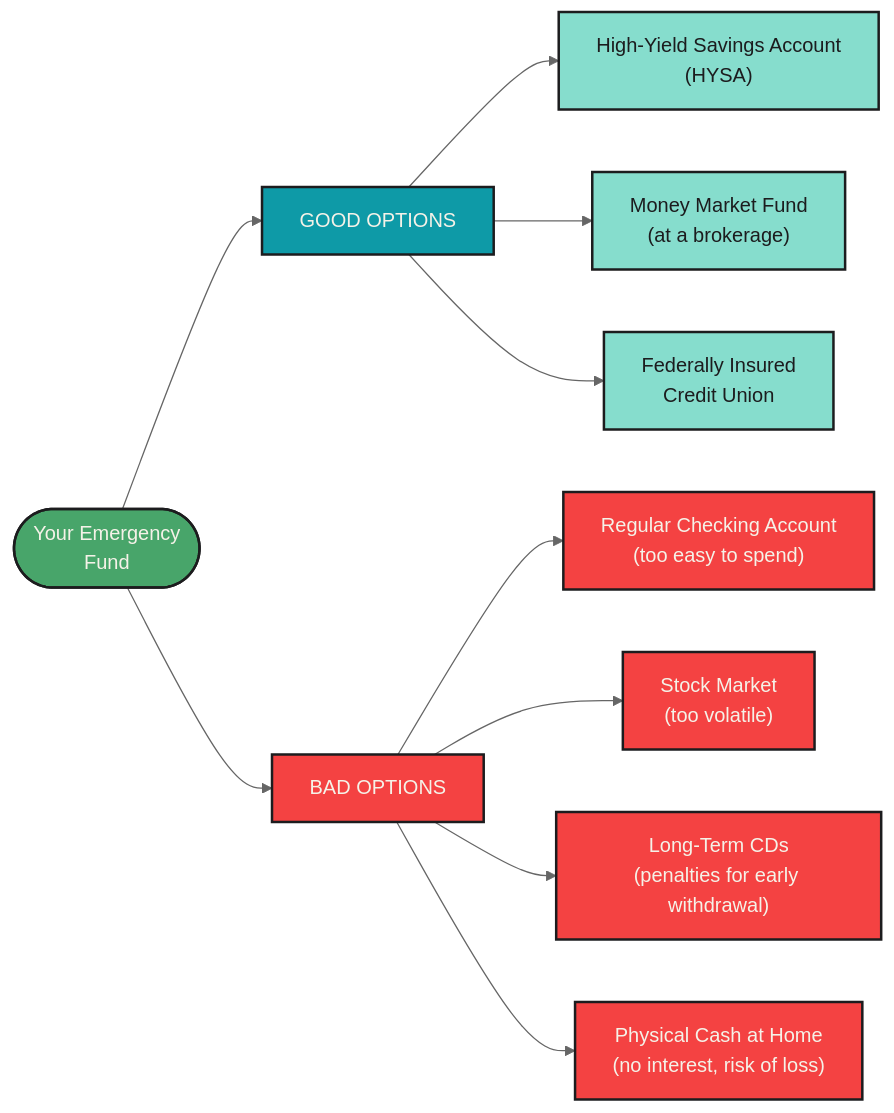
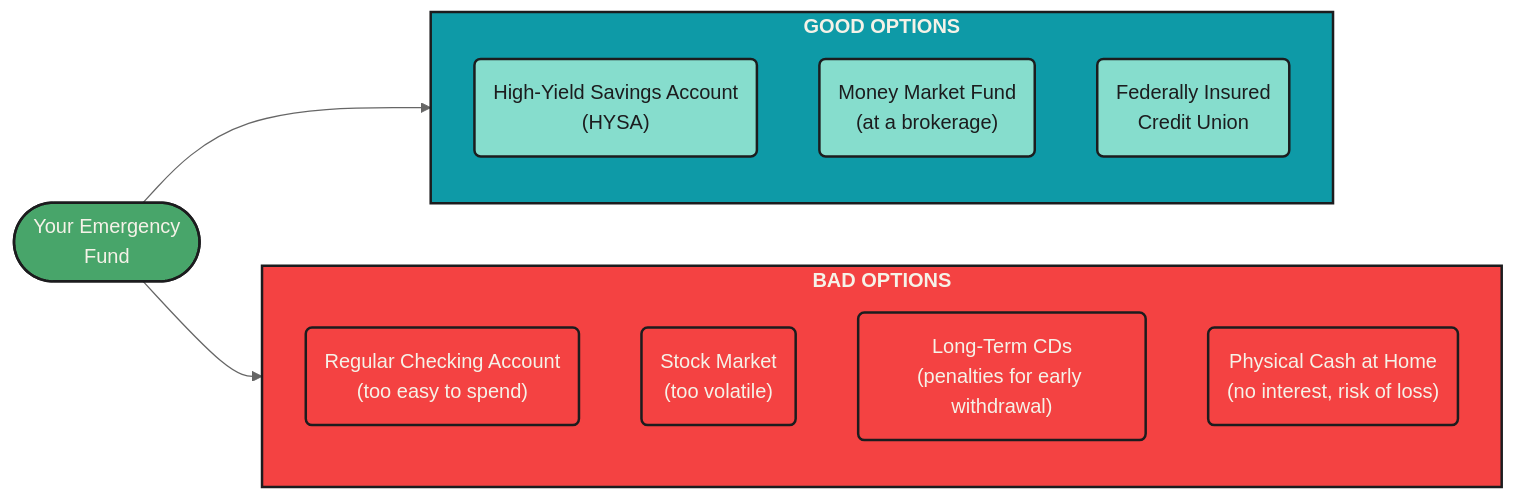
One commit to mjfrigaard/fm-finance changed the third of 5 diagrams in emergency_fund.qmd. Above: the diagram before and after it, drawn with Mermaid. The commit also changed other lines of this file and 20 other files, not shown here.

Commit message:
updates to mermaid diagrams

````diff
--- a/emergency_fund.qmd
+++ b/emergency_fund.qmd
@@ -153,29 +139,33 @@
 ```{mermaid}
 %%| fig-cap: 'Where to Park Your Emergency Fund'
 %%| fig-align: center
-%%{init: {'theme': 'neutral', 'themeVariables': { 'fontFamily': 'monospace', "fontSize":"16px"}}}%%
+%%{init: {'theme': 'neutral', 'themeVariables': { 'fontFamily': 'monospace', "darkMode":false, "fontSize":"16px"}}}%%
 
 flowchart LR
-    Cash([Your Emergency<br>Fund]) --> Good["GOOD OPTIONS"]
-    Cash --> Bad["BAD OPTIONS"]
+    Cash(["Your Emergency<br>Fund"]) --> Good
+    Cash --> Bad
 
-    Good --> HYSA["High-Yield Savings Account<br>(HYSA)"]
-    Good --> MMF["Money Market Fund<br>(at a brokerage)"]
-    Good --> CheckFed["Federally Insured<br>Credit Union"]
+    subgraph Good["<strong>GOOD OPTIONS</strong>"]
+        HYSA("High-Yield Savings Account<br>(HYSA)")
+        MMF("Money Market Fund<br>(at a brokerage)")
+        CheckFed("Federally Insured<br>Credit Union")
+    end
 
-    Bad --> Checking["Regular Checking Account<br>(too easy to spend)"]
-    Bad --> Market["Stock Market<br>(too volatile)"]
-    Bad --> CD["Long-Term CDs<br>(penalties for early withdrawal)"]
-    Bad --> Cash2["Physical Cash at Home<br>(no interest, risk of loss)"]
+    subgraph Bad["<strong>BAD OPTIONS</strong>"]
+        Checking("Regular Checking Account<br>(too easy to spend)")
+        Market("Stock Market<br>(too volatile)")
+        CD("Long-Term CDs<br>(penalties for early withdrawal)")
+        Cash2("Physical Cash at Home<br>(no interest, risk of loss)")
+    end
 
     style Cash fill:#48a56a,color:#F5F2E8,stroke:#1C1C1E,stroke-width:2px
     style Good fill:#0e9aa7,color:#F5F2E8,stroke:#1C1C1E,stroke-width:2px
     style Bad fill:#f44242,color:#F5F2E8,stroke:#1C1C1E,stroke-width:2px
     style HYSA fill:#86ddcd,color:#1C1C1E,stroke:#1C1C1E,stroke-width:2px
     style MMF fill:#86ddcd,color:#1C1C1E,stroke:#1C1C1E,stroke-width:2px
     style CheckFed fill:#86ddcd,color:#1C1C1E,stroke:#1C1C1E,stroke-width:2px
     style Checking fill:#f44242,color:#F5F2E8,stroke:#1C1C1E,stroke-width:2px
     style Market fill:#f44242,color:#F5F2E8,stroke:#1C1C1E,stroke-width:2px
     style CD fill:#f44242,color:#F5F2E8,stroke:#1C1C1E,stroke-width:2px
     style Cash2 fill:#f44242,color:#F5F2E8,stroke:#1C1C1E,stroke-width:2px
 ```
````
